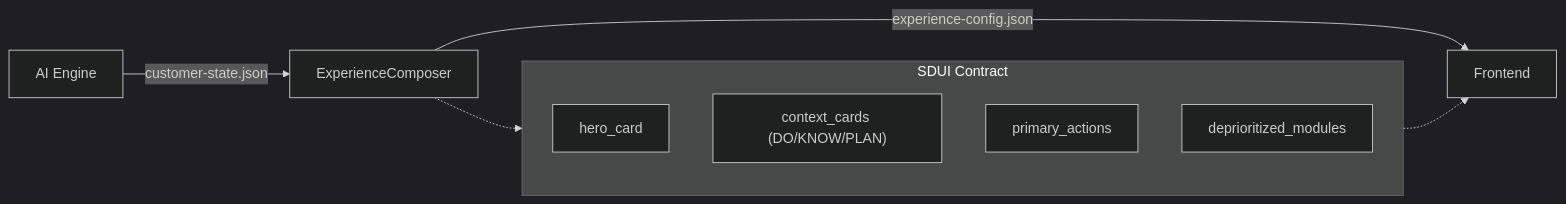
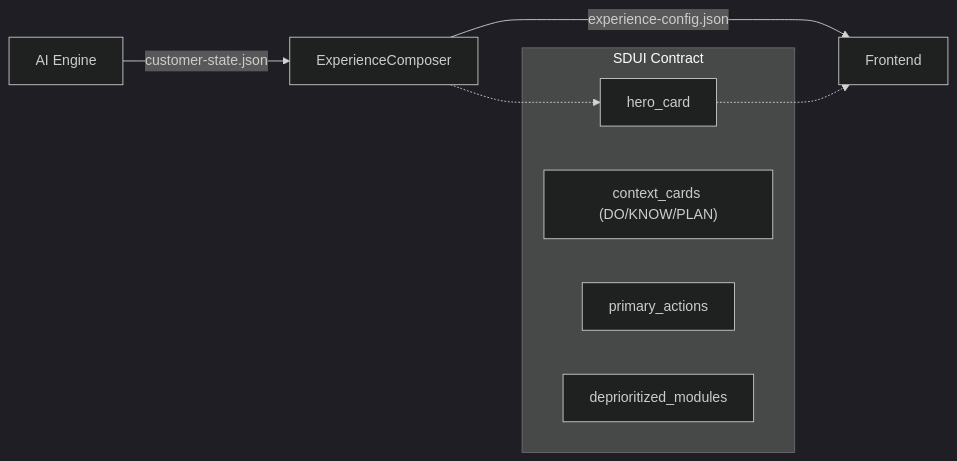
Before and after one commit to Neutron-0/ABC-Bank: the fifth of 6 diagrams in docs/features/overview.md, drawn with Mermaid (dark theme). The commit also changed other lines of this file and 33 other files, not shown here.

````diff
--- a/docs/features/overview.md
+++ b/docs/features/overview.md
@@ -112,15 +112,15 @@
 ```mermaid
 flowchart LR
     AI["AI Engine"] -- "customer-state.json" --> Comp["ExperienceComposer"]
     Comp -- "experience-config.json" --> Front["Frontend"]
     
     subgraph Config ["SDUI Contract"]
         hero["hero_card"]
         ctx["context_cards (DO/KNOW/PLAN)"]
         act["primary_actions"]
         dep["deprioritized_modules"]
     end
     
-    Comp -.-> Config
-    Config -.-> Front
+    Comp -.-> hero
+    hero -.-> Front
 ```
````
